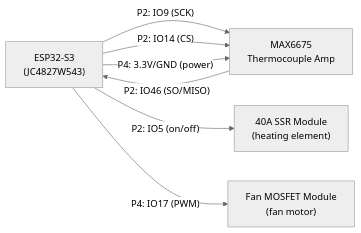
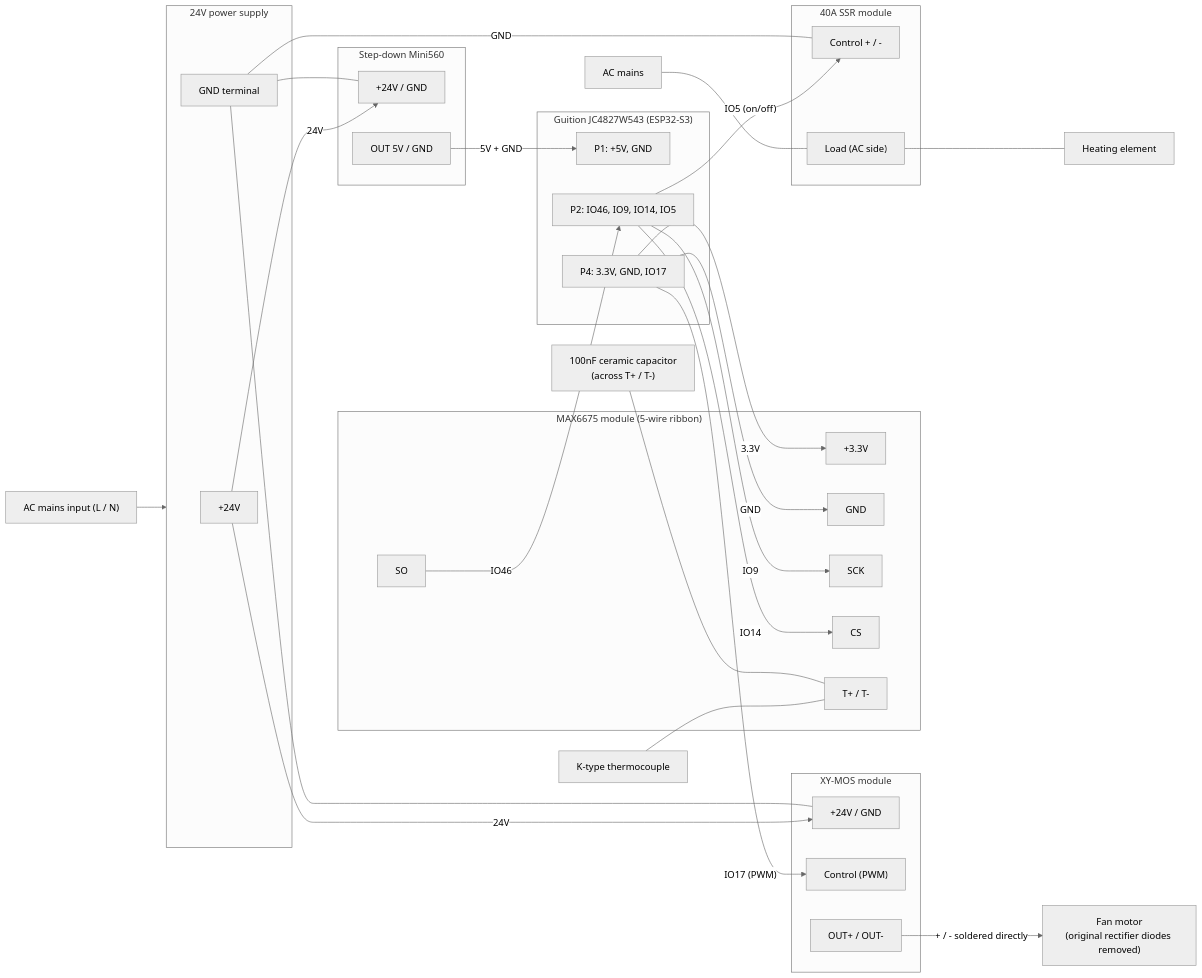
One commit to marceloajunqueira/poproaster changed the diagram in firmware/README.md. Above: the diagram before and after it, drawn with Mermaid (neutral theme). The commit also changed other lines of this file and 5 other files, not shown here.

Commit message:
docs: update READMEs, add BOM, wiring diagram and images

````diff
--- a/firmware/README.md
+++ b/firmware/README.md
@@ -95,15 +149,71 @@
 ```mermaid
-graph LR
-    ESP32S3["ESP32-S3<br/>(JC4827W543)"]
-    MAX6675["MAX6675<br/>Thermocouple Amp"]
-    SSR["40A SSR Module<br/>(heating element)"]
-    FANPWM["Fan MOSFET Module<br/>(fan motor)"]
+flowchart LR
+    ACIN["AC mains input (L / N)"] --> PWR
 
-    ESP32S3 -- "P2: IO9 (SCK)" --> MAX6675
-    ESP32S3 -- "P2: IO14 (CS)" --> MAX6675
-    MAX6675 -- "P2: IO46 (SO/MISO)" --> ESP32S3
-    ESP32S3 -- "P4: 3.3V/GND (power)" --> MAX6675
+    subgraph PWR["24V power supply"]
+        V24["+24V"]
+        GND["GND terminal"]
+    end
 
-    ESP32S3 -- "P2: IO5 (on/off)" --> SSR
-    ESP32S3 -- "P4: IO17 (PWM)" --> FANPWM
+    subgraph STEP["Step-down Mini560"]
+        MIN["+24V / GND"]
+        MOUT["OUT 5V / GND"]
+    end
+
+    subgraph BOARD["Guition JC4827W543 (ESP32-S3)"]
+        P1["P1: +5V, GND"]
+        P2["P2: IO46, IO9, IO14, IO5"]
+        P4["P4: 3.3V, GND, IO17"]
+    end
+
+    subgraph TC["MAX6675 module (5-wire ribbon)"]
+        TVCC["+3.3V"]
+        TGND["GND"]
+        TSCK["SCK"]
+        TCS["CS"]
+        TSO["SO"]
+        TIN["T+ / T-"]
+    end
+
+    K["K-type thermocouple"]
+    CAP["100nF ceramic capacitor<br/>(across T+ / T-)"]
+
+    subgraph SSRM["40A SSR module"]
+        SIN["Control + / -"]
+        SLOAD["Load (AC side)"]
+    end
+
+    HEAT["Heating element"]
+    MAINS["AC mains"]
+
+    subgraph XYM["XY-MOS module"]
+        XIN["+24V / GND"]
+        XCTRL["Control (PWM)"]
+        XOUT["OUT+ / OUT-"]
+    end
+
+    FAN["Fan motor<br/>(original rectifier diodes removed)"]
+
+    V24 -- "24V" --> MIN
+    GND --- MIN
+    MOUT -- "5V + GND" --> P1
+
+    V24 -- "24V" --> XIN
+    GND --- XIN
+    XOUT -- "+ / - soldered directly" --> FAN
+
+    P4 -- "3.3V" --> TVCC
+    P4 -- "GND" --> TGND
+    P2 -- "IO9" --> TSCK
+    P2 -- "IO14" --> TCS
+    TSO -- "IO46" --> P2
+    K --- TIN
+    CAP --- TIN
+
+    P2 -- "IO5 (on/off)" --> SIN
+    GND -- "GND" --- SIN
+    MAINS --- SLOAD
+    SLOAD --- HEAT
+
+    P4 -- "IO17 (PWM)" --> XCTRL
 ```
````
